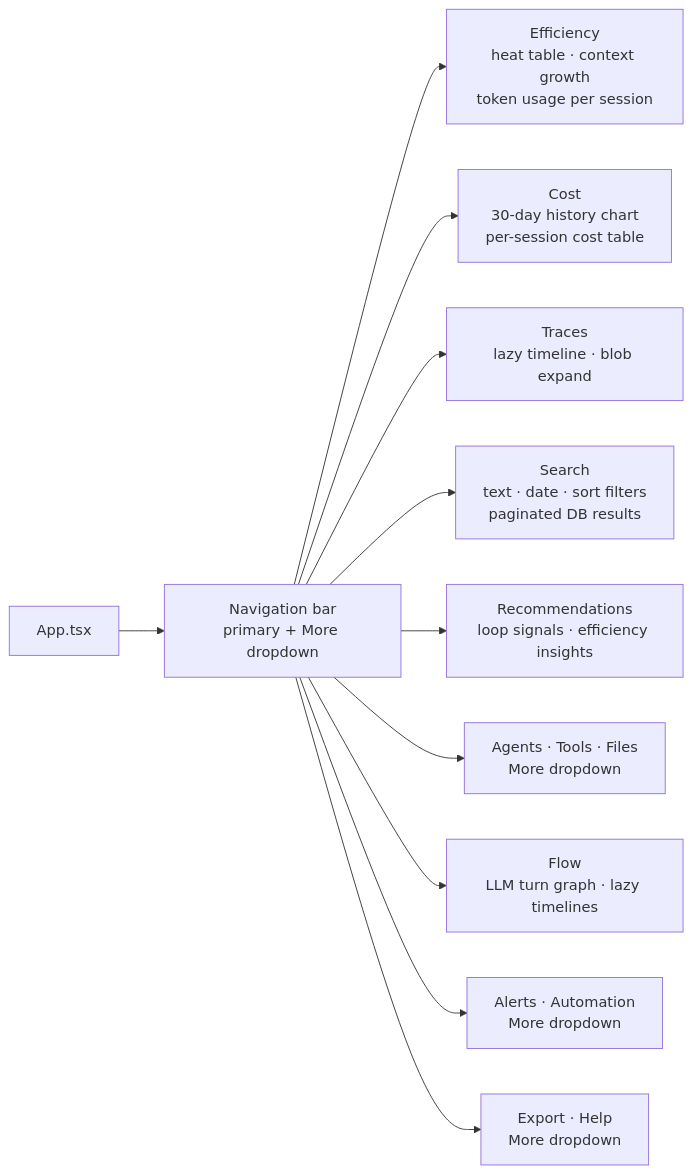
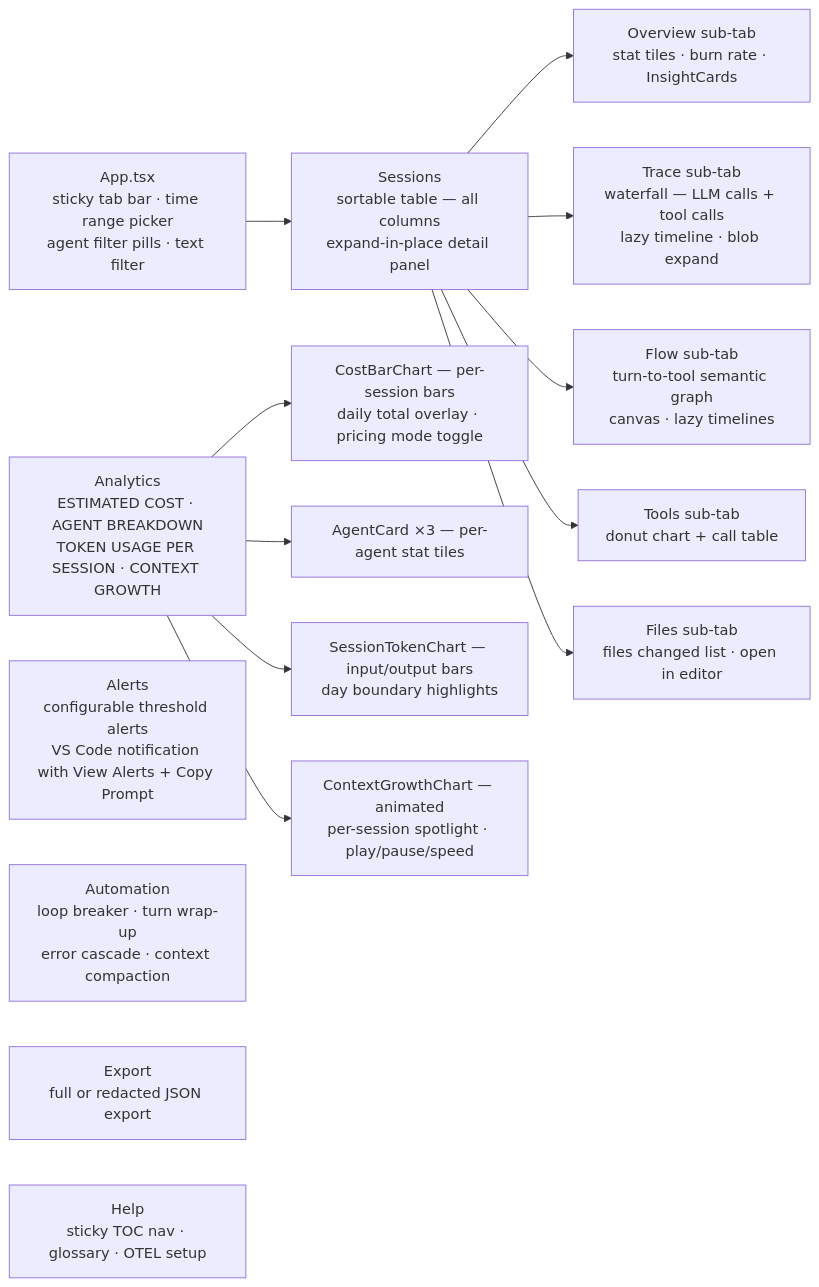
Before and after one commit to RogerReed/agentlens: diagram 13 of 18 in ARCHITECTURE.md, drawn with Mermaid. The commit also changed other lines of this file, not shown here.

First line of the commit message:
docs: update ARCHITECTURE.md to reflect current codebase

````diff
--- a/ARCHITECTURE.md
+++ b/ARCHITECTURE.md
@@ -569,14 +595,22 @@
 ```mermaid
 graph LR
-    APP[App.tsx] --> NAV[Navigation bar<br/>primary + More dropdown]
+    APP[App.tsx<br/>sticky tab bar · time range picker<br/>agent filter pills · text filter] --> T1
 
-    NAV --> T1[Efficiency<br/>heat table · context growth<br/>token usage per session]
-    NAV --> T2[Cost<br/>30-day history chart<br/>per-session cost table]
-    NAV --> T3[Traces<br/>lazy timeline · blob expand]
-    NAV --> T4[Search<br/>text · date · sort filters<br/>paginated DB results]
-    NAV --> T5[Recommendations<br/>loop signals · efficiency insights]
-    NAV --> T6[Agents · Tools · Files<br/>More dropdown]
-    NAV --> T7[Flow<br/>LLM turn graph · lazy timelines]
-    NAV --> T8[Alerts · Automation<br/>More dropdown]
-    NAV --> T9[Export · Help<br/>More dropdown]
+    T1[Sessions<br/>sortable table — all columns<br/>expand-in-place detail panel]
+    T1 --> D1[Overview sub-tab<br/>stat tiles · burn rate · InsightCards]
+    T1 --> D2[Trace sub-tab<br/>waterfall — LLM calls + tool calls<br/>lazy timeline · blob expand]
+    T1 --> D3[Flow sub-tab<br/>turn-to-tool semantic graph<br/>canvas · lazy timelines]
+    T1 --> D4[Tools sub-tab<br/>donut chart + call table]
+    T1 --> D5[Files sub-tab<br/>files changed list · open in editor]
+
+    T2[Analytics<br/>ESTIMATED COST · AGENT BREAKDOWN<br/>TOKEN USAGE PER SESSION · CONTEXT GROWTH]
+    T2 --> A1[CostBarChart — per-session bars<br/>daily total overlay · pricing mode toggle]
+    T2 --> A2[AgentCard ×3 — per-agent stat tiles]
+    T2 --> A3[SessionTokenChart — input/output bars<br/>day boundary highlights]
+    T2 --> A4[ContextGrowthChart — animated<br/>per-session spotlight · play/pause/speed]
+
+    T3[Alerts<br/>configurable threshold alerts<br/>VS Code notification with View Alerts + Copy Prompt]
+    T4[Automation<br/>loop breaker · turn wrap-up<br/>error cascade · context compaction]
+    T5[Export<br/>full or redacted JSON export]
+    T6[Help<br/>sticky TOC nav · glossary · OTEL setup]
 ```
````
